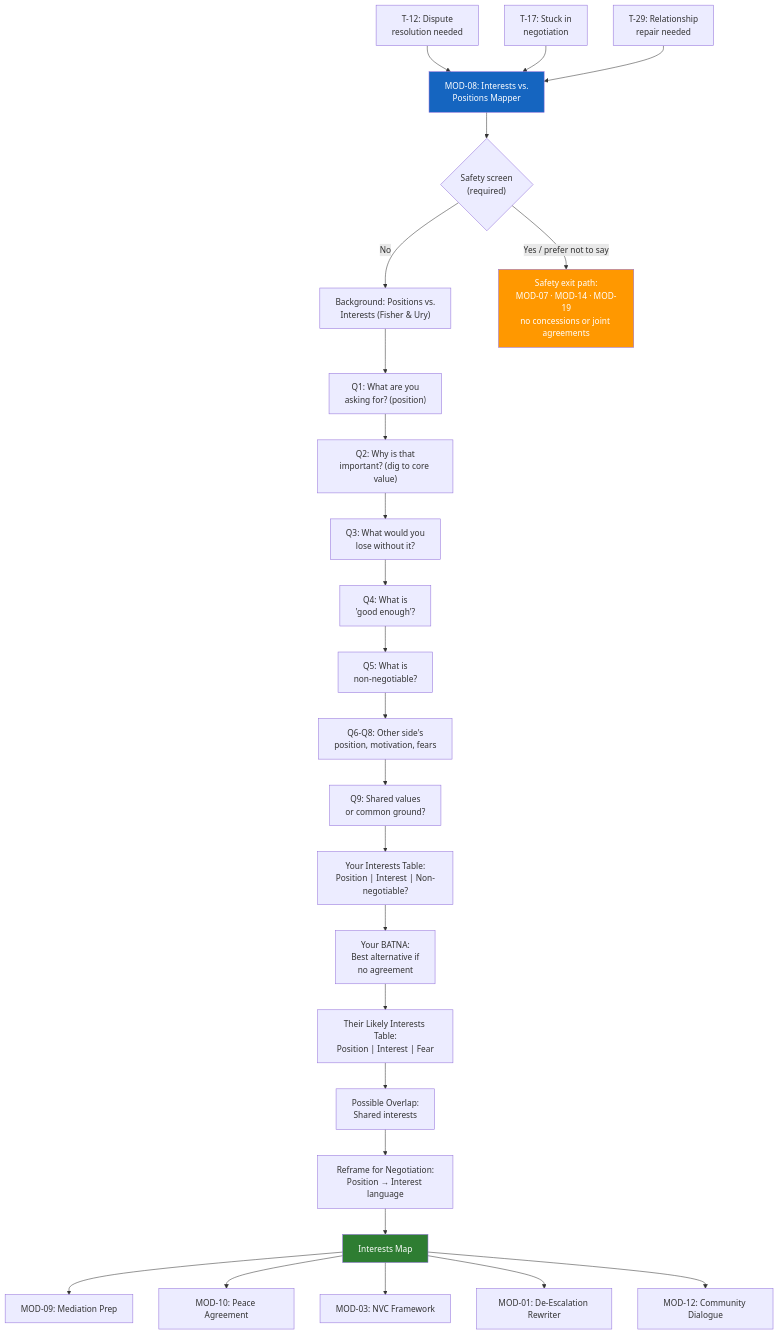
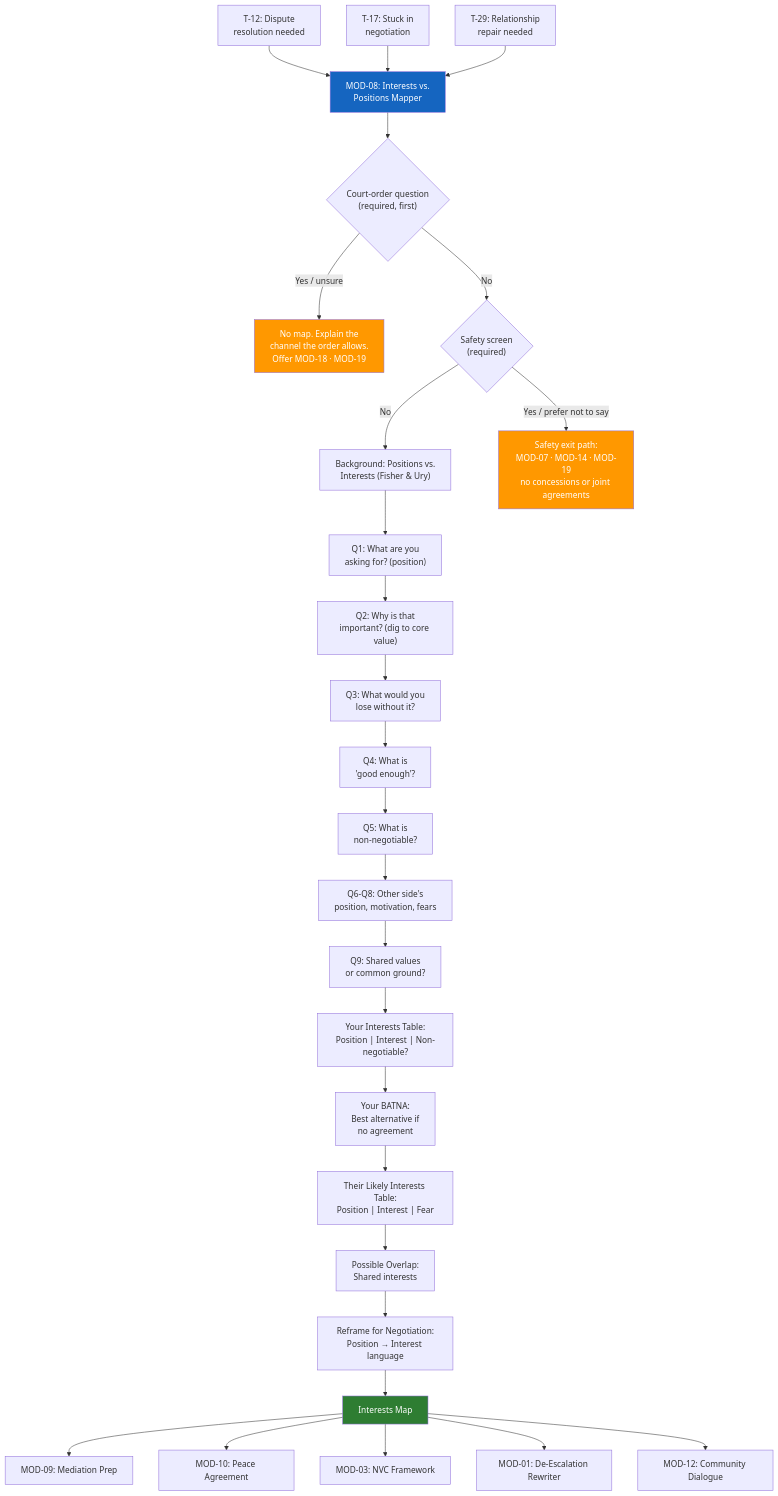
The diagram in modules/MOD-08-interests-positions.md (dougdevitre/access-to-peace), drawn with Mermaid before and after one commit. The commit also changed other lines of this file and 14 other files, not shown here.

````diff
--- a/modules/MOD-08-interests-positions.md
+++ b/modules/MOD-08-interests-positions.md
@@ -17,36 +17,39 @@
 ```mermaid
 flowchart TD
     T12["T-12: Dispute\nresolution needed"] --> ENTRY
     T17["T-17: Stuck in\nnegotiation"] --> ENTRY
     T29["T-29: Relationship\nrepair needed"] --> ENTRY
 
-    ENTRY["MOD-08: Interests vs.\nPositions Mapper"]:::blue --> SCREEN{"Safety screen\n(required)"}
+    ENTRY["MOD-08: Interests vs.\nPositions Mapper"]:::blue --> ORDER{"Court-order question\n(required, first)"}
+    ORDER -- "Yes / unsure" --> CHANNEL["No map. Explain the\nchannel the order allows.\nOffer MOD-18 · MOD-19"]
+    style CHANNEL fill:#ff9800,color:#fff
+    ORDER -- "No" --> SCREEN{"Safety screen\n(required)"}
     SCREEN -- "No" --> BG["Background: Positions vs.\nInterests (Fisher & Ury)"]
     SCREEN -- "Yes / prefer not to say" --> EXIT["Safety exit path:\nMOD-07 · MOD-14 · MOD-19\nno concessions or joint agreements"]
     style EXIT fill:#ff9800,color:#fff
     BG --> YOUR1["Q1: What are you\nasking for? (position)"]
     YOUR1 --> YOUR2["Q2: Why is that\nimportant? (dig to core value)"]
     YOUR2 --> YOUR3["Q3: What would you\nlose without it?"]
     YOUR3 --> YOUR4["Q4: What is\n'good enough'?"]
     YOUR4 --> YOUR5["Q5: What is\nnon-negotiable?"]
 
     YOUR5 --> THEIR["Q6-Q8: Other side's\nposition, motivation, fears"]
     THEIR --> OVERLAP["Q9: Shared values\nor common ground?"]
 
     OVERLAP --> MAP_YOU["Your Interests Table:\nPosition | Interest | Non-negotiable?"]
     MAP_YOU --> BATNA["Your BATNA:\nBest alternative if\nno agreement"]
     BATNA --> MAP_THEM["Their Likely Interests Table:\nPosition | Interest | Fear"]
     MAP_THEM --> COMMON["Possible Overlap:\nShared interests"]
     COMMON --> REFRAME["Reframe for Negotiation:\nPosition → Interest language"]
 
     REFRAME --> OUTPUT["Interests Map"]:::green
 
     OUTPUT --> MOD09["MOD-09: Mediation Prep"]
     OUTPUT --> MOD10["MOD-10: Peace Agreement"]
     OUTPUT --> MOD03["MOD-03: NVC Framework"]
     OUTPUT --> MOD01["MOD-01: De-Escalation Rewriter"]
     OUTPUT --> MOD12["MOD-12: Community Dialogue"]
 
     classDef blue fill:#1565c0,color:#fff
     classDef green fill:#2e7d32,color:#fff
 ```
````
